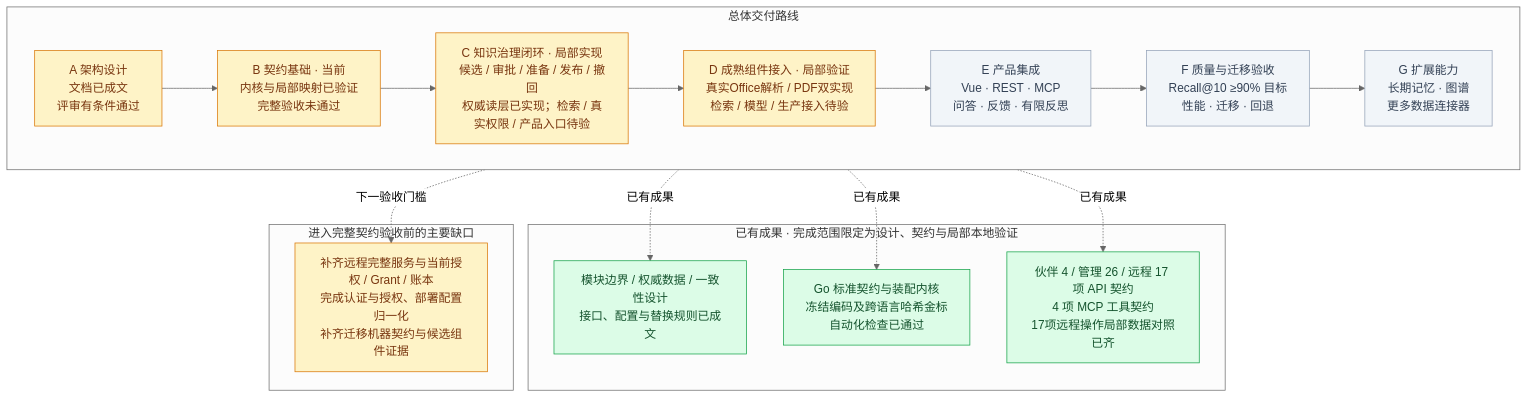
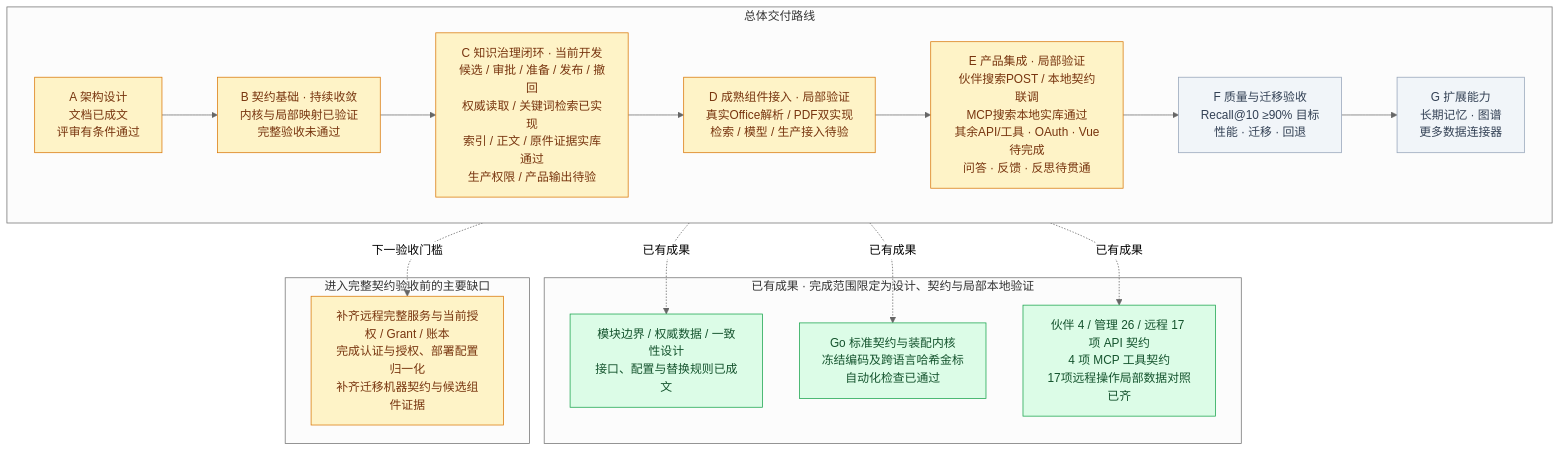
The diagram in docs/PROGRESS.md (MemoryGet/memorys), drawn with Mermaid (neutral theme) before and after one commit. The commit also changed other lines of this file and 209 other files, not shown here.

````diff
--- a/docs/PROGRESS.md
+++ b/docs/PROGRESS.md
@@ -9,34 +13,34 @@
 ```mermaid
 flowchart TB
     subgraph ROAD[总体交付路线]
         direction LR
-        A["A 架构设计<br/>文档已成文<br/>评审有条件通过"] --> B["B 契约基础 · 当前<br/>内核与局部映射已验证<br/>完整验收未通过"]
-        B --> C["C 知识治理闭环 · 局部实现<br/>候选 / 审批 / 准备 / 发布 / 撤回<br/>权威读层已实现；检索 / 真实权限 / 产品入口待验"]
+        A["A 架构设计<br/>文档已成文<br/>评审有条件通过"] --> B["B 契约基础 · 持续收敛<br/>内核与局部映射已验证<br/>完整验收未通过"]
+        B --> C["C 知识治理闭环 · 当前开发<br/>候选 / 审批 / 准备 / 发布 / 撤回<br/>权威读取 / 关键词检索已实现<br/>索引 / 正文 / 原件证据实库通过<br/>生产权限 / 产品输出待验"]
         C --> D["D 成熟组件接入 · 局部验证<br/>真实Office解析 / PDF双实现<br/>检索 / 模型 / 生产接入待验"]
-        D --> E["E 产品集成<br/>Vue · REST · MCP<br/>问答 · 反馈 · 有限反思"]
+        D --> E["E 产品集成 · 局部验证<br/>伙伴搜索POST / 本地契约联调<br/>MCP搜索本地实库通过<br/>其余API/工具 · OAuth · Vue待完成<br/>问答 · 反馈 · 反思待贯通"]
         E --> F["F 质量与迁移验收<br/>Recall@10 ≥90% 目标<br/>性能 · 迁移 · 回退"]
         F --> G["G 扩展能力<br/>长期记忆 · 图谱<br/>更多数据连接器"]
     end
 
     subgraph DONE[已有成果 · 完成范围限定为设计、契约与局部本地验证]
         X["模块边界 / 权威数据 / 一致性设计<br/>接口、配置与替换规则已成文"]
         Y["Go 标准契约与装配内核<br/>冻结编码及跨语言哈希金标<br/>自动化检查已通过"]
         Z["伙伴 4 / 管理 26 / 远程 17 项 API 契约<br/>4 项 MCP 工具契约<br/>17项远程操作局部数据对照已齐"]
     end
 
     subgraph GATE[进入完整契约验收前的主要缺口]
         H["补齐远程完整服务与当前授权 / Grant / 账本<br/>完成认证与授权、部署配置归一化<br/>补齐迁移机器契约与候选组件证据"]
     end
 
     A -.已有成果.-> X
     B -.已有成果.-> Y
     B -.已有成果.-> Z
     B -.下一验收门槛.-> H
 
     classDef done fill:#dcfce7,stroke:#16a34a,color:#14532d;
     classDef partial fill:#fef3c7,stroke:#d97706,color:#78350f;
     classDef pending fill:#f1f5f9,stroke:#94a3b8,color:#334155;
-    class A,B,C,D,H partial;
+    class A,B,C,D,E,H partial;
     class X,Y,Z done;
-    class E,F,G pending;
+    class F,G pending;
 ```
````
